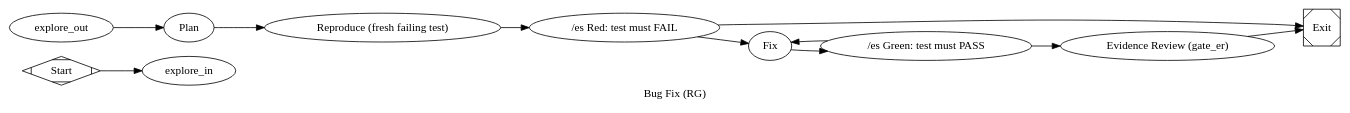
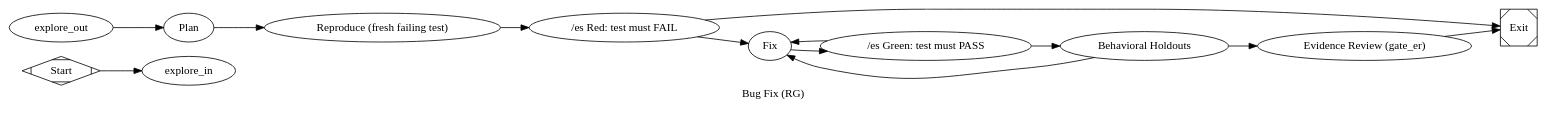
Before and after one commit to jleechanorg/dark-factory: the diagram in pipelines/bug_fix.dot, drawn with Graphviz. The commit also changed 6 other files, not shown here.

First line of the commit message:
feat(pipelines): wire research node + holdout-always policy

```diff
--- a/pipelines/bug_fix.dot
+++ b/pipelines/bug_fix.dot
@@ -1,105 +1,122 @@
 // pipelines/bug_fix.dot
 //
 // Bug-fix lane with /rg (red/green) discipline.
 //
 //   start -> explore_in -> [4-way explore fanout] -> explore_join
 //         -> explore_out -> plan -> reproduce -> gate_red
 //         -> fix (max 3) -> gate_green
+//         -> holdout (sealed behavioral holdouts)
 //         -> evidence (gate_er, adversarial cross-vendor review)
 //         -> exit
 //
 // The discipline: a fresh test reproduces the bug, fails under the current
 // code, then passes after the fix. The agent is forbidden from reading the
 // bug report to derive the test (see prompts/bug_fix/reproduce.md).
 //
 // The red gate is a goal-gate: if the test does not fail, the pipeline
 // exits early — no fix is attempted because the bug was not reproduced.
 
 digraph BugFix {
     graph [
         include="@pipelines/_base.dot",
         goal="Bug fix with red/green discipline: reproduce -> red gate -> fix -> green gate -> exit",
         label="Bug Fix (RG)"
     ]
     rankdir=LR
 
     start  [shape=Mdiamond, label="Start"]
     exit   [shape=Msquare,  label="Exit"]
 
     // The base provides: explore_in, explore_fanout, explore_{concept,auth,
     // reuse,risks}, explore_join, explore_out.
 
     plan [
         type="codergen",
         class="plan",
         label="Plan",
         prompt="@prompts/slim/plan.md"
     ]
 
     reproduce [
         type="codergen",
         class="implement",
         label="Reproduce (fresh failing test)",
         prompt="@prompts/bug_fix/reproduce.md",
         goal_gate=true
     ]
 
     gate_red [
         type="gate_red",
         label="/es Red: test must FAIL",
         test_path="${state.bug_fix.test_path}",
         timeout=300
     ]
 
     fix [
         type="codergen",
         class="fix",
         label="Fix",
         prompt="@prompts/bug_fix/fix.md",
         max_visits="3"
     ]
 
     gate_green [
         type="gate_green",
         label="/es Green: test must PASS",
         test_path="${state.bug_fix.test_path}",
         timeout=300
     ]
 
+    // Sealed behavioral holdouts (holdout-always policy): a green repro test
+    // proves the reported symptom is gone, not that the fix preserved the
+    // feature's sealed behavioral contract. Failure routes back to fix
+    // (bounded by fix's max_visits=3).
+    holdout [
+        type="holdout_eval",
+        label="Behavioral Holdouts",
+        validation=true,
+        goal_gate=true,
+        timeout=600,
+        retry_target="fix"
+    ]
+
     // Adversarial reviewer, mirroring review_pr.dot's evidence node: a
     // green test alone is not merge confidence — an independent, SHA-bound,
     // cross-vendor reviewer must grade the diff before the lane exits.
     // prefer_adversarial=true excludes the run-level coder backend from the
     // priority queue. On a real fail/partial verdict, the exit handler
     // propagates the non-success outcome, so reviewed-and-rejected runs
     // terminate as failures (they never ship silently green).
     evidence [
         type="gate_er",
         label="Evidence Review (gate_er)",
         class="review",
         backend_priority="codex,minimax,agy,claude-sonnet",
         prefer_adversarial="true",
         timeout=600
     ]
 
     // Wiring: start enters explore, explore exits to plan, plan → reproduce.
     start      -> explore_in
     explore_out -> plan
     plan       -> reproduce
     reproduce  -> gate_red
 
     // Red gate: success means bug reproduced; failure means we couldn't
     // reproduce — exit early instead of pretending to fix.
     gate_red   -> fix          [condition="outcome=success"]
     gate_red   -> exit         [condition="outcome!=success"]
 
-    // Fix loop: adversarial review on success, back to fix on failure
-    // (max 3 visits).
+    // Fix loop: sealed holdouts then adversarial review on success, back to
+    // fix on failure (max 3 visits).
     fix        -> gate_green
-    gate_green -> evidence     [condition="outcome=success"]
+    gate_green -> holdout      [condition="outcome=success"]
     gate_green -> fix          [condition="outcome!=success"]
+
+    holdout    -> evidence     [condition="outcome=success"]
+    holdout    -> fix          [condition="outcome!=success"]
 
     // Evidence verdict is recorded in CXDB either way; exit propagates a
     // non-success review outcome as the run's terminal outcome.
     evidence   -> exit
 }
```
